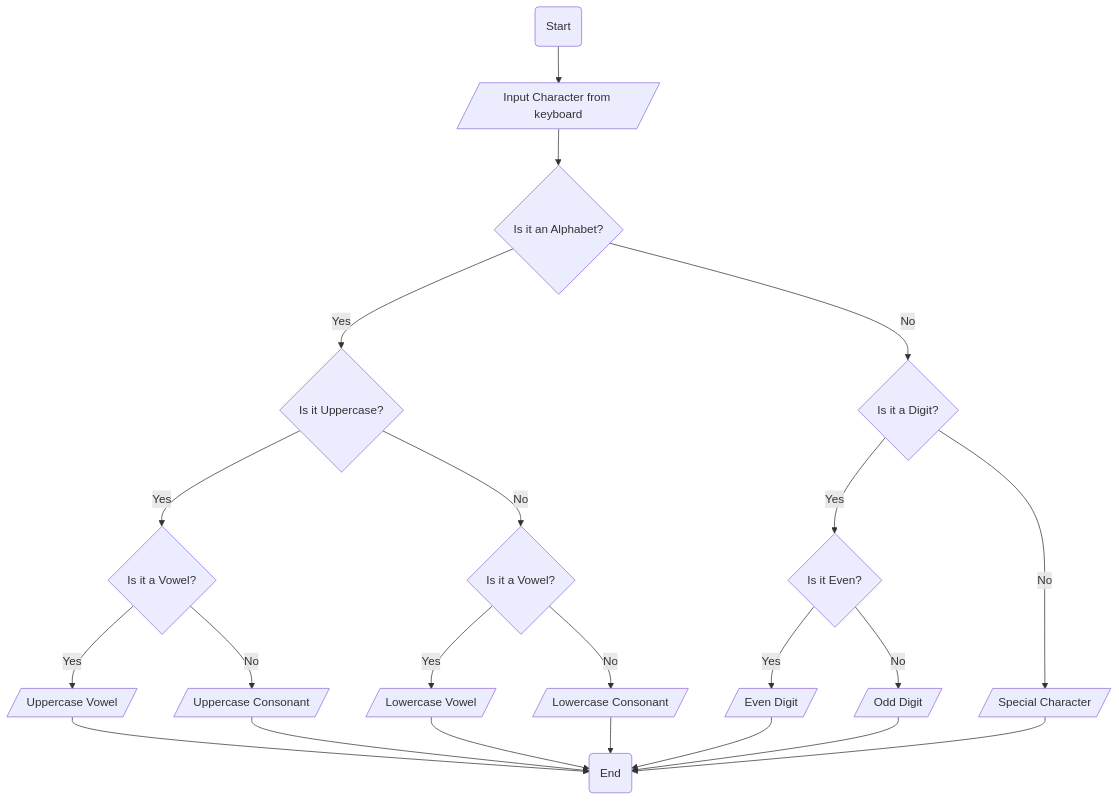
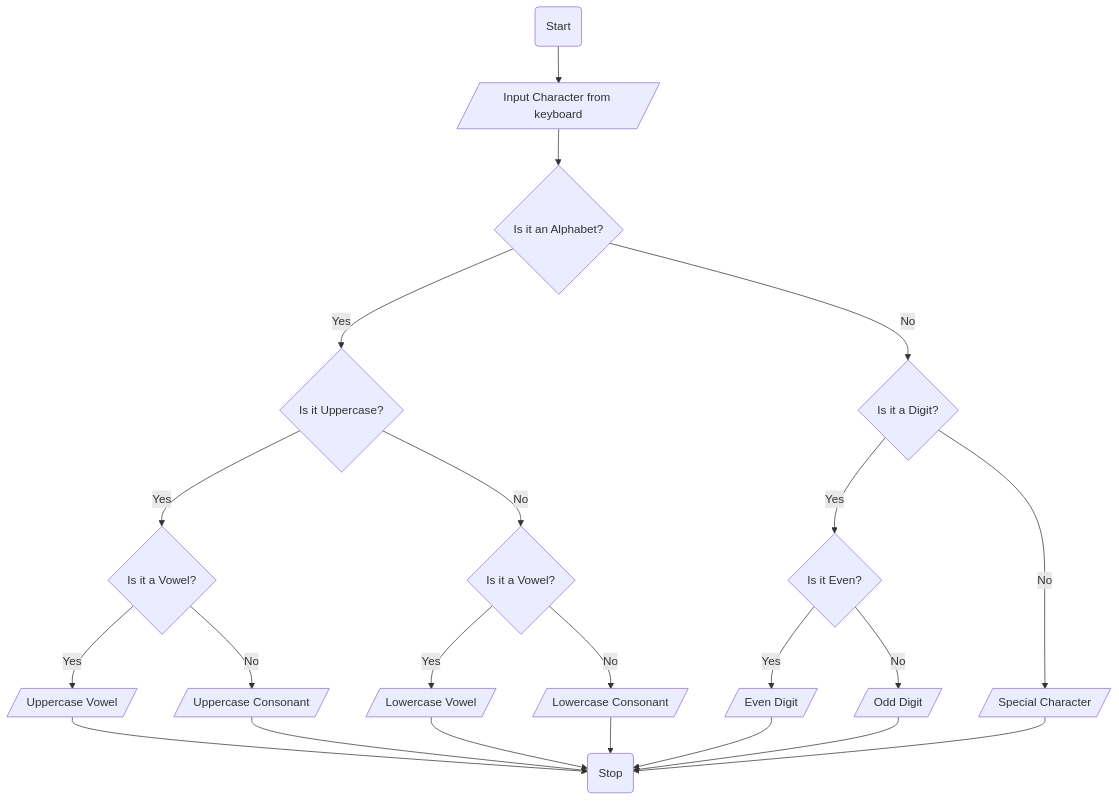
The diagram in ETS1305_15_TEWODROS_GEBRETSADIK/Activity 3.1/Character identifier/Character identifier .md (SWEG-2015EC-Batch/Code-Warrior), drawn with Mermaid before and after one commit.

Commit message:
Update Character identifier .md

````diff
--- a/ETS1305_15_TEWODROS_GEBRETSADIK/Activity 3.1/Character identifier/Character identifier .md
+++ b/ETS1305_15_TEWODROS_GEBRETSADIK/Activity 3.1/Character identifier/Character identifier .md
@@ -40,24 +40,24 @@
 ```mermaid
 graph TD
 A(Start) --> B[/Input Character from keyboard/]
 B --> C{Is it an Alphabet?}
 C -- Yes --> D{Is it Uppercase?}
 D -- Yes --> E{Is it a Vowel?}
 E -- Yes --> F[/Uppercase Vowel/]
 E -- No --> G[/Uppercase Consonant/]
 D -- No --> H{Is it a Vowel?}
 H -- Yes --> I[/Lowercase Vowel/]
 H -- No --> J[/Lowercase Consonant/]
 C -- No --> K{Is it a Digit?}
 K -- Yes --> L{Is it Even?}
 L -- Yes --> M[/Even Digit/]
 L -- No --> N[/Odd Digit/]
 K -- No --> O[/Special Character/]
-F --> Q(End)
+F --> Q(Stop)
 G --> Q
 I --> Q
 J --> Q
 M --> Q
 N --> Q
 O --> Q
 ```
````
